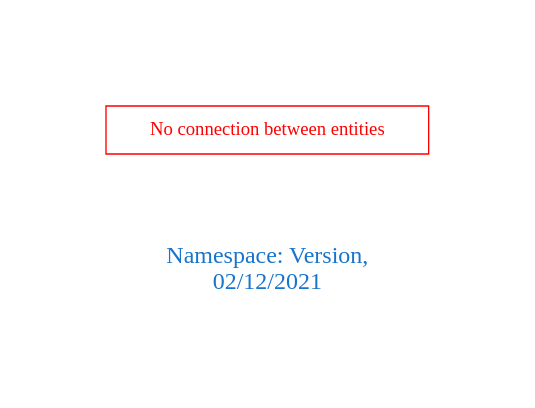
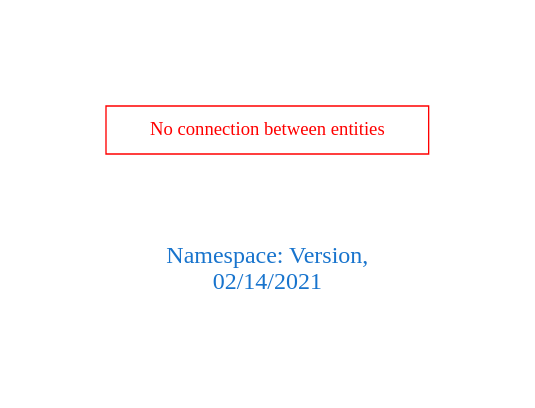
The diagram in downloads/Version.dot (arago/OGIT), drawn with Graphviz before and after one commit. The commit also changed 1844 other files, not shown here.

```diff
--- a/downloads/Version.dot
+++ b/downloads/Version.dot
@@ -1,9 +1,9 @@
 digraph OGIT_ontology {
  graph [ rankdir= LR,pad=1 
 fontsize = 18,
-fontcolor= dodgerblue3,label = "\n\n\nNamespace: Version, \n 02/12/2021"];
+fontcolor= dodgerblue3,label = "\n\n\nNamespace: Version, \n 02/14/2021"];
 node[shape=polygon];
 edge [  color="gray81"];
 
 "No connection between entities" [fontcolor = "red",color="red", shape="polygon"]
 }
```
